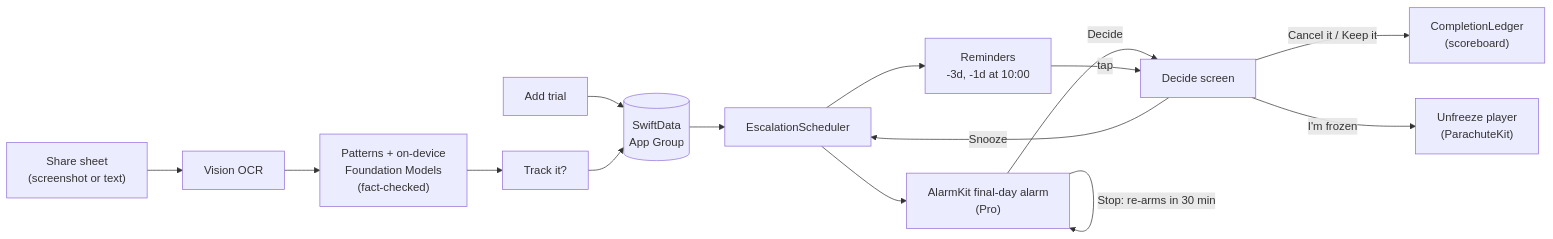
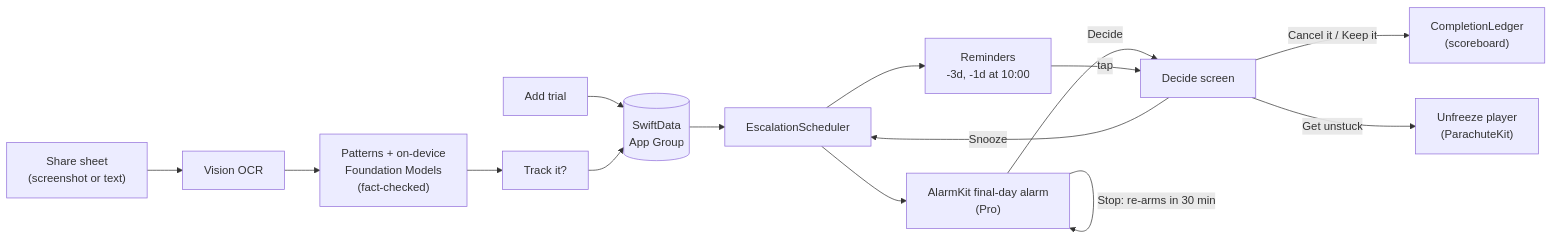
Before and after one commit to yasaausman/parachute: the diagram in README.md, drawn with Mermaid. The commit also changed other lines of this file and 47 other files, not shown here.

````diff
--- a/README.md
+++ b/README.md
@@ -34,15 +36,15 @@
 ```mermaid
 flowchart LR
     Share["Share sheet<br/>(screenshot or text)"] --> OCR["Vision OCR"] --> Extract["Patterns + on-device<br/>Foundation Models<br/>(fact-checked)"] --> Track["Track it?"]
     Manual["Add trial"] --> Store
     Track --> Store[("SwiftData<br/>App Group")]
     Store --> Esc["EscalationScheduler"]
     Esc --> Rem["Reminders<br/>-3d, -1d at 10:00"]
     Esc --> Alarm["AlarmKit final-day alarm<br/>(Pro)"]
     Alarm -- "Stop: re-arms in 30 min" --> Alarm
     Alarm -- "Decide" --> Decide["Decide screen"]
     Rem -- "tap" --> Decide
     Decide -- "Cancel it / Keep it" --> Ledger["CompletionLedger<br/>(scoreboard)"]
-    Decide -- "I'm frozen" --> Unfreeze["Unfreeze player<br/>(ParachuteKit)"]
+    Decide -- "Get unstuck" --> Unfreeze["Unfreeze player<br/>(ParachuteKit)"]
     Decide -- "Snooze" --> Esc
 ```
````
